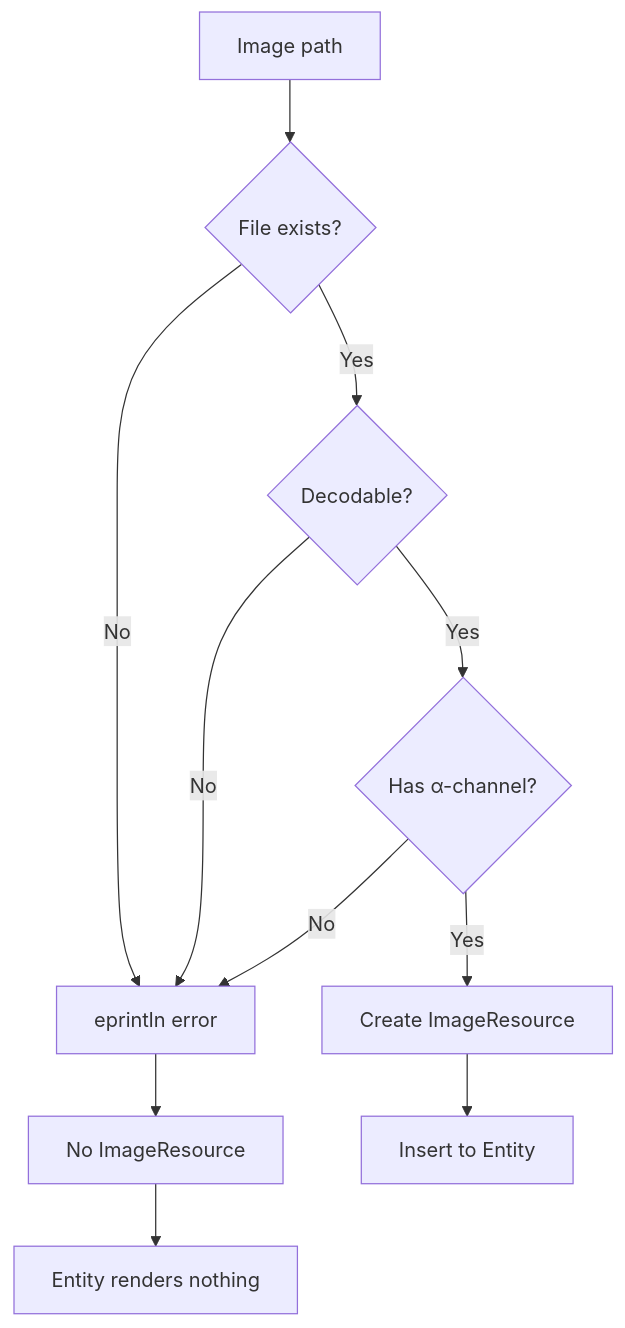
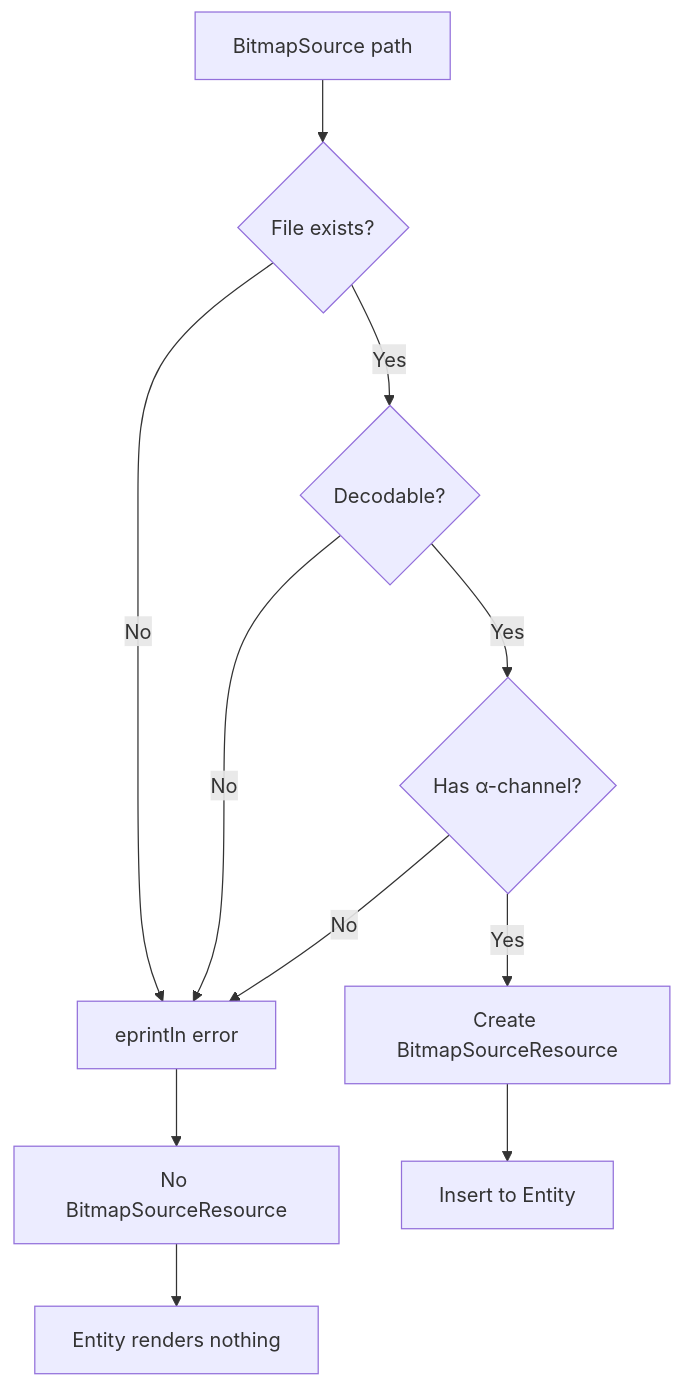
The fifth of 6 diagrams in .kiro/specs/wintf-P0-image-widget/design.md (ekicyou/dcomp_sample-rs), drawn with Mermaid before and after one commit. The commit also changed other lines of this file and 1 other file, not shown here.

First line of the commit message:
docs(spec): Image → BitmapSource にリネーム、on_add で BitmapSourceGraphics 生成

````diff
--- a/.kiro/specs/wintf-P0-image-widget/design.md
+++ b/.kiro/specs/wintf-P0-image-widget/design.md
@@ -186,14 +188,14 @@
 ```mermaid
 flowchart TD
-    A[Image path] --> B{File exists?}
+    A[BitmapSource path] --> B{File exists?}
     B -->|No| C[eprintln error]
     B -->|Yes| D{Decodable?}
     D -->|No| C
     D -->|Yes| E{Has α-channel?}
     E -->|No| C
-    E -->|Yes| F[Create ImageResource]
+    E -->|Yes| F[Create BitmapSourceResource]
     F --> G[Insert to Entity]
     
-    C --> H[No ImageResource]
+    C --> H[No BitmapSourceResource]
     H --> I[Entity renders nothing]
 ```
````
